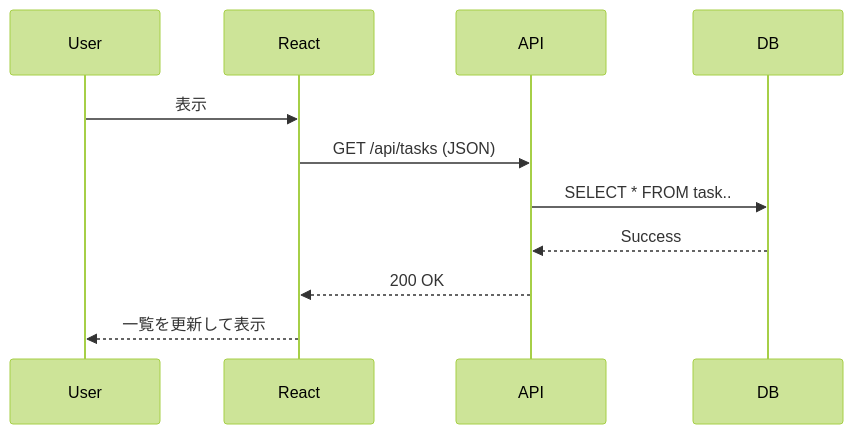
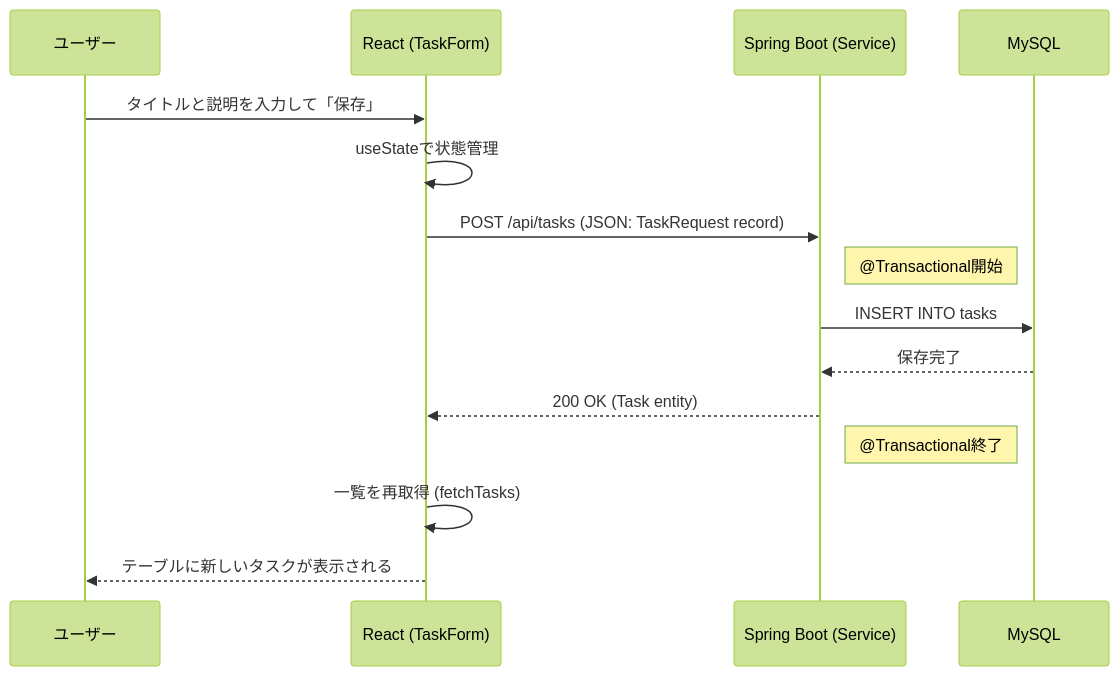
Before and after one commit to pepepki/task-knowledge-management: the second of 2 diagrams in README.md, drawn with Mermaid (forest theme). The commit also changed other lines of this file, not shown here.

Commit message:
Update README for Sprint 2 progress and features

````diff
--- a/README.md
+++ b/README.md
@@ -52,15 +59,18 @@
 ```mermaid
 sequenceDiagram
-    participant User
-    participant React
-    participant API
-    participant DB
+    participant User as ユーザー
+    participant React as React (TaskForm)
+    participant Service as Spring Boot (Service)
+    participant DB as MySQL
 
-    User->>React: 表示
-    React->>API: GET /api/tasks (JSON)
-    API->>DB: SELECT * FROM task..
-    DB-->>API: Success
-    API-->>React: 200 OK
-    React-->>User: 一覧を更新して表示
-
+    User->>React: タイトルと説明を入力して「保存」
+    React->>React: useStateで状態管理
+    React->>Service: POST /api/tasks (JSON: TaskRequest record)
+    Note right of Service: @Transactional開始
+    Service->>DB: INSERT INTO tasks
+    DB-->>Service: 保存完了
+    Service-->>React: 200 OK (Task entity)
+    Note right of Service: @Transactional終了
+    React->>React: 一覧を再取得 (fetchTasks)
+    React-->>User: テーブルに新しいタスクが表示される
 ```
````
